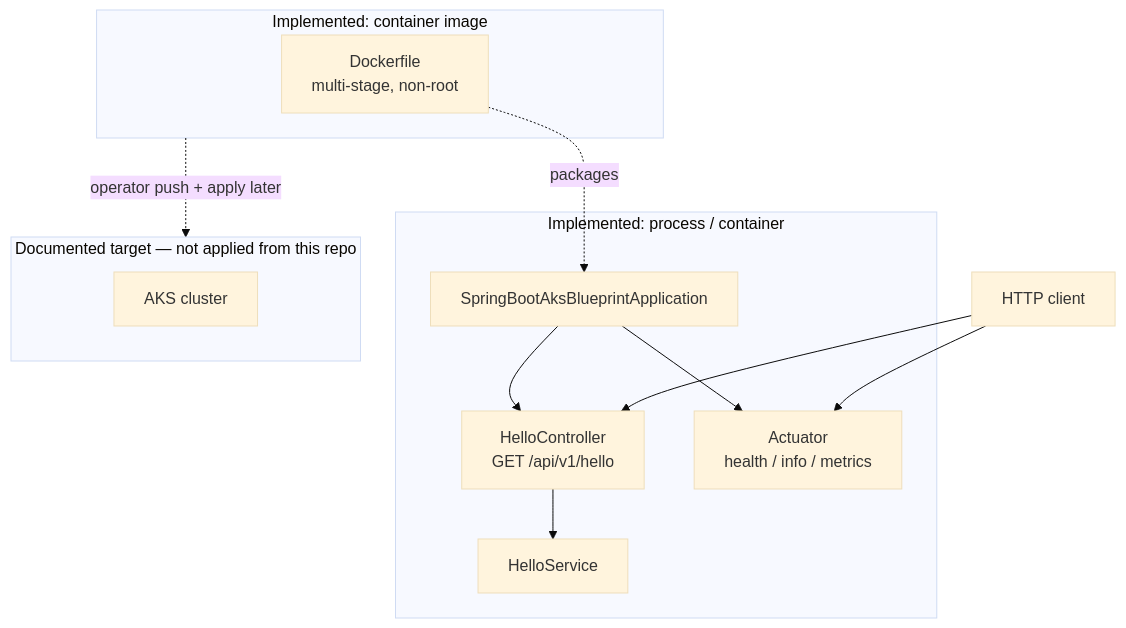
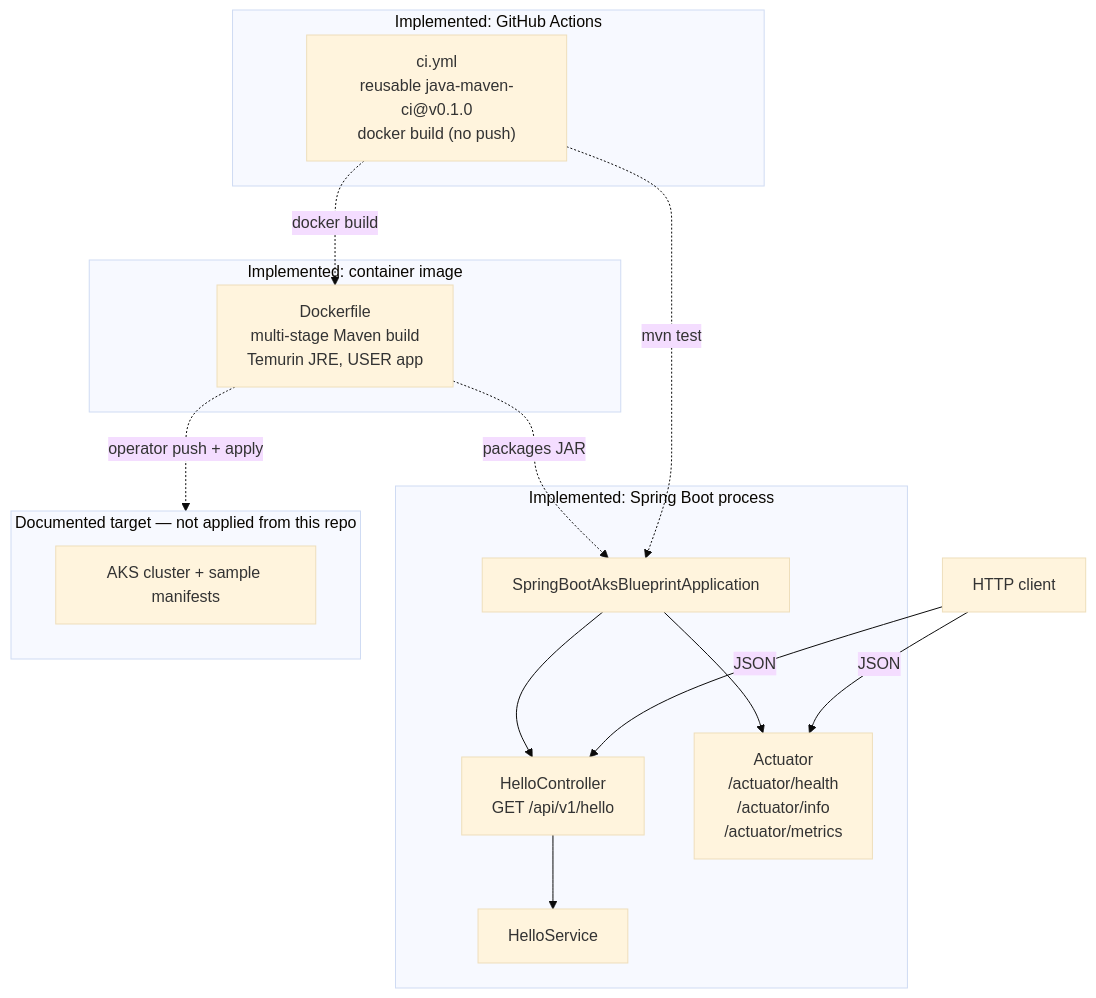
One commit to rmkr-dev/spring-boot-aks-blueprint changed the diagram in docs/architecture/architecture-diagram.md. Above: the diagram before and after it, drawn with Mermaid (base theme). The commit also changed other lines of this file and 1 other file, not shown here.

Commit message:
docs: align architecture diagram with implemented components
Mermaid chart covers app, Actuator, Dockerfile, and CI; AKS stays aspirational.

````diff
--- a/docs/architecture/architecture-diagram.md
+++ b/docs/architecture/architecture-diagram.md
@@ -5,27 +5,34 @@
 ```mermaid
 flowchart TB
-  subgraph local_or_container["Implemented: process / container"]
+  subgraph jvm["Implemented: Spring Boot process"]
     App["SpringBootAksBlueprintApplication"]
     Ctrl["HelloController<br/>GET /api/v1/hello"]
     Svc["HelloService"]
-    Act["Actuator<br/>health / info / metrics"]
+    Act["Actuator<br/>/actuator/health<br/>/actuator/info<br/>/actuator/metrics"]
     App --> Ctrl
     Ctrl --> Svc
     App --> Act
   end
 
-  Client["HTTP client"] --> Ctrl
-  Client --> Act
+  Client["HTTP client"] -->|"JSON"| Ctrl
+  Client -->|"JSON"| Act
 
   subgraph image["Implemented: container image"]
-    Docker["Dockerfile<br/>multi-stage, non-root"]
+    Docker["Dockerfile<br/>multi-stage Maven build<br/>Temurin JRE, USER app"]
   end
 
-  Docker -.->|"packages"| App
+  Docker -.->|"packages JAR"| App
+
+  subgraph ci["Implemented: GitHub Actions"]
+    GHA["ci.yml<br/>reusable java-maven-ci@v0.1.0<br/>docker build (no push)"]
+  end
+
+  GHA -.->|"mvn test"| App
+  GHA -.->|"docker build"| Docker
 
   subgraph aks_target["Documented target — not applied from this repo"]
-    AKS["AKS cluster"]
+    AKS["AKS cluster + sample manifests"]
   end
 
-  image -.->|"operator push + apply later"| aks_target
+  Docker -.->|"operator push + apply"| aks_target
 ```
````
